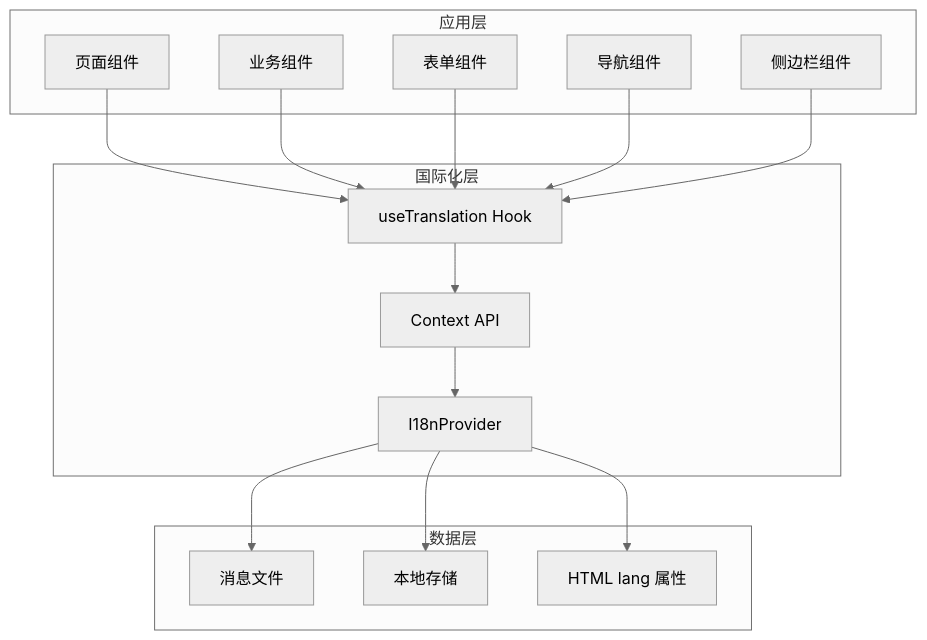
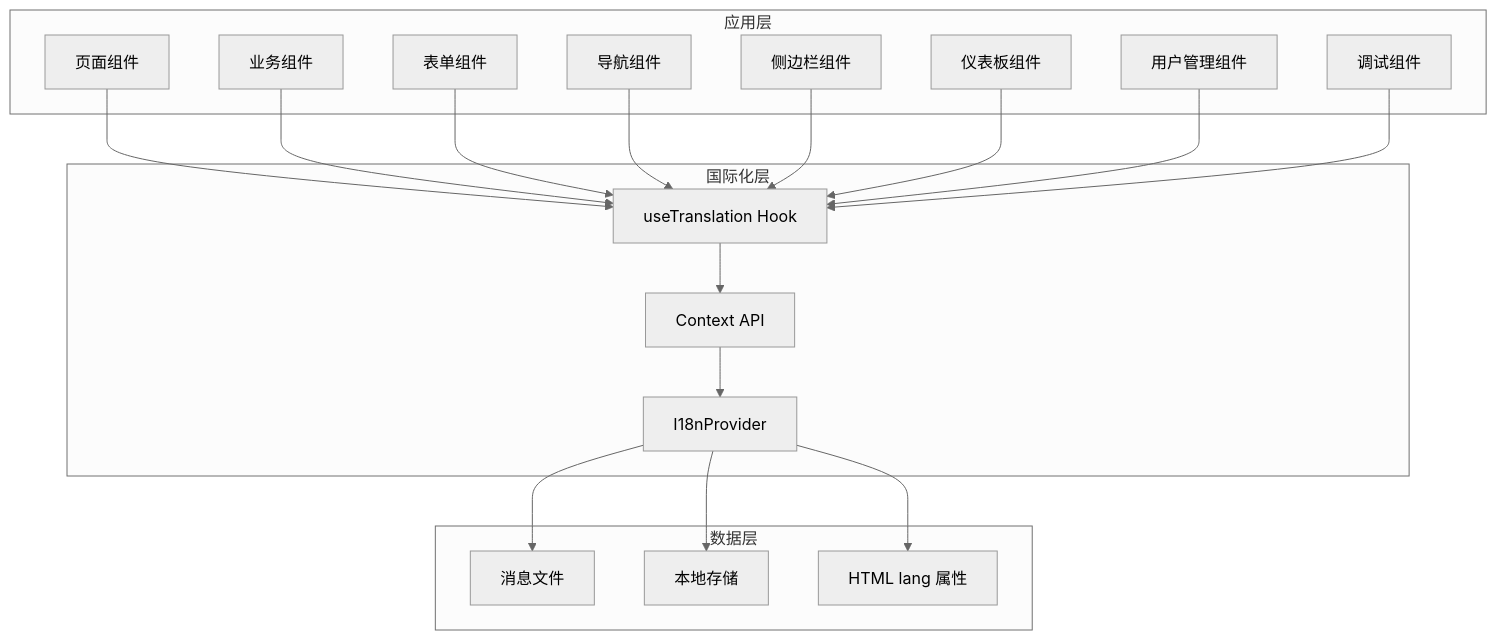
The second of 6 diagrams in .qoder/repowiki/zh/content/开发指南/国际化系统.md (RadiumAg/AIGate), drawn with Mermaid (neutral theme) before and after one commit. The commit also changed other lines of this file and 7 other files, not shown here.

````diff
--- a/.qoder/repowiki/zh/content/开发指南/国际化系统.md
+++ b/.qoder/repowiki/zh/content/开发指南/国际化系统.md
@@ -167,30 +176,36 @@
 ```mermaid
 graph TD
 subgraph "应用层"
 A[页面组件]
 B[业务组件]
 C[表单组件]
 D[导航组件]
 E[侧边栏组件]
+F[仪表板组件]
+G[用户管理组件]
+H[调试组件]
 end
 subgraph "国际化层"
-F[I18nProvider]
-G[useTranslation Hook]
-H[Context API]
+I[I18nProvider]
+J[useTranslation Hook]
+K[Context API]
 end
 subgraph "数据层"
-I[消息文件]
-J[本地存储]
-K[HTML lang 属性]
+L[消息文件]
+M[本地存储]
+N[HTML lang 属性]
 end
-A --> G
-B --> G
-C --> G
-D --> G
-E --> G
-G --> H
-H --> F
-F --> I
+A --> J
+B --> J
+C --> J
+D --> J
+E --> J
 F --> J
-F --> K
+G --> J
+H --> J
+J --> K
+K --> I
+I --> L
+I --> M
+I --> N
 ```
````
